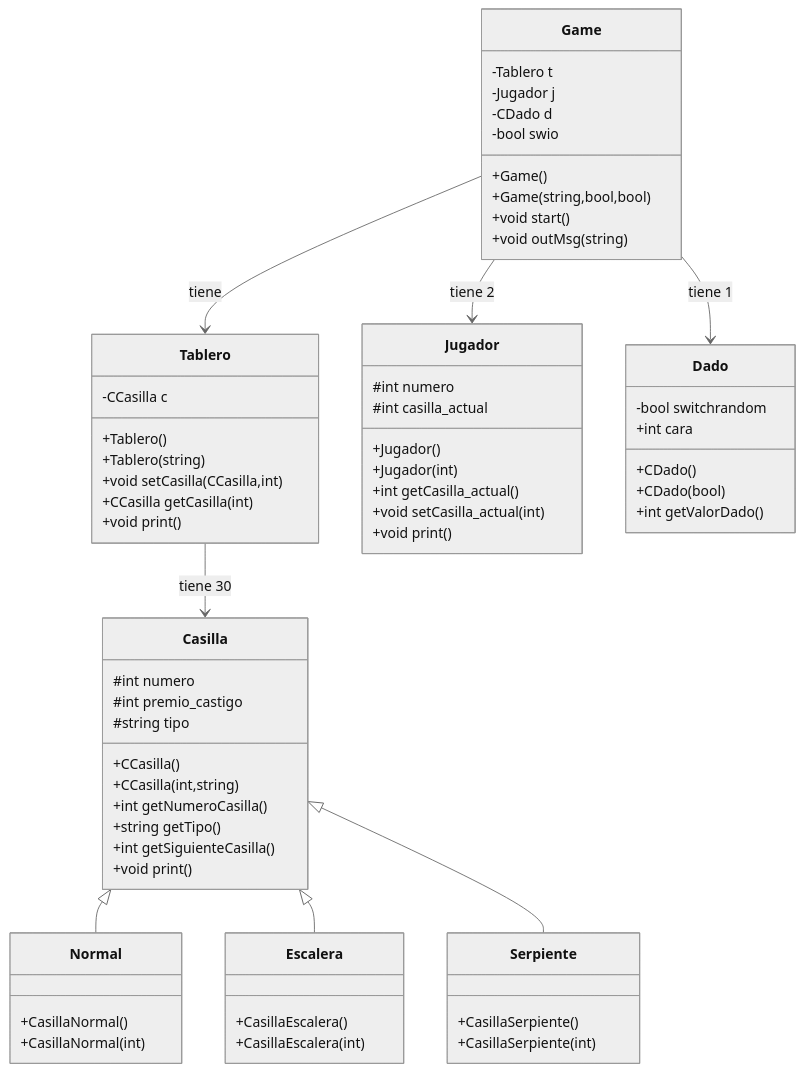
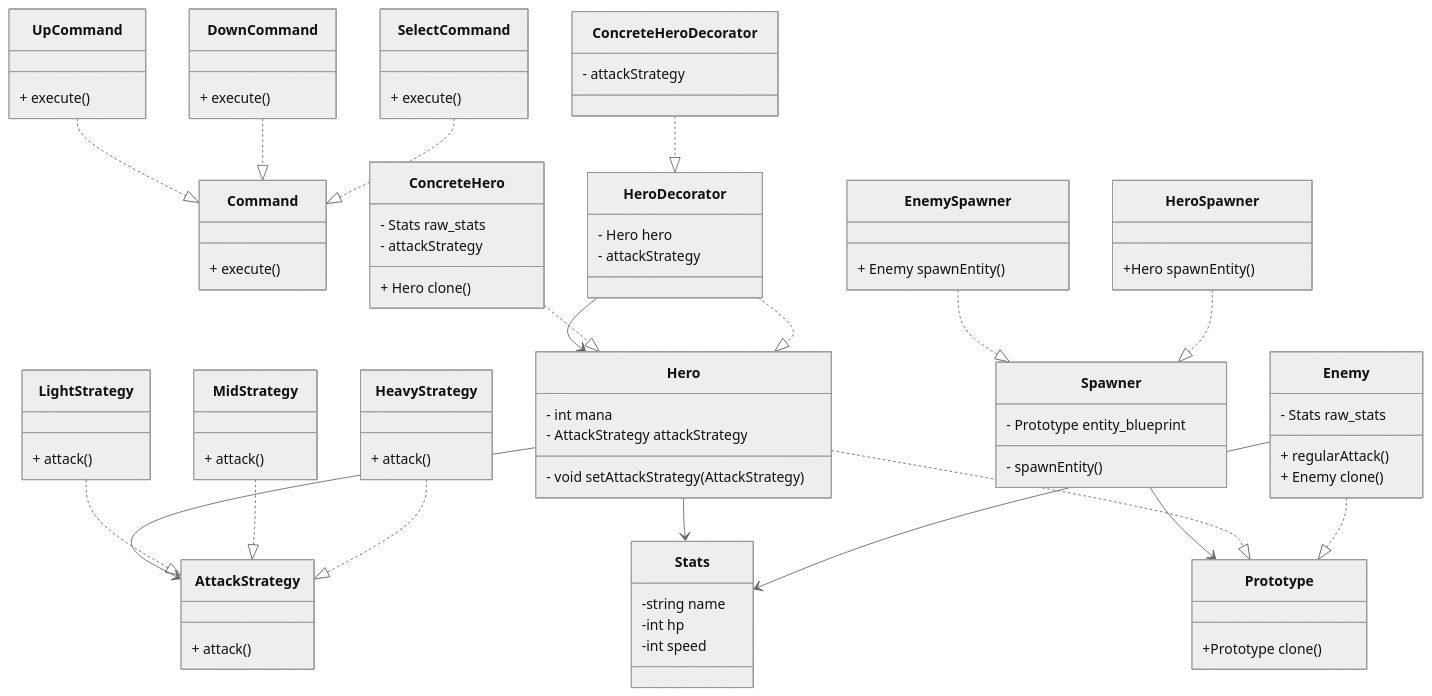
One commit to Frank0125/Finally-Fantastic changed the diagram in README.md. Above: the diagram before and after it, drawn with Mermaid (neutral theme). The commit also changed other lines of this file and 2 other files, not shown here.

Commit message:
feat: uml diagram finished, patterns picked, Main Menu example

````diff
--- a/README.md
+++ b/README.md
@@ -25,76 +24,106 @@
 ```mermaid
 classDiagram
-class Casilla {
-  #int numero
-  #int premio_castigo
-  #string tipo
-  +CCasilla()
-  +CCasilla(int,string)
-  +int getNumeroCasilla()
-  +string getTipo()
-  +int getSiguienteCasilla()
-  +void print()
-}
+    class Command {
+        + execute()
+    }
 
-class Normal {
-  +CasillaNormal()
-  +CasillaNormal(int)
-}
-Casilla <|-- Normal
+    class UpCommand {
+        + execute()
+    }
 
-class Escalera {
-  +CasillaEscalera()
-  +CasillaEscalera(int)
-}
-Casilla <|-- Escalera
+    class DownCommand {
+        + execute()
+    }
+    
+    class SelectCommand {
+        + execute()
+    }
 
-class Serpiente {
-  +CasillaSerpiente()
-  +CasillaSerpiente(int)
-}
-Casilla <|-- Serpiente
+    class Prototype {
+	    +Prototype clone()
+    }
 
-class Tablero {
-  -CCasilla c
-  +Tablero()
-  +Tablero(string)
-  +void setCasilla(CCasilla,int)
-  +CCasilla getCasilla(int)
-  +void print()
-}
+    class Hero {
+        - int mana
+	    - AttackStrategy attackStrategy
+        - void setAttackStrategy(AttackStrategy)
+    }
 
-class Jugador {
-  #int numero
-  #int casilla_actual
-  +Jugador()
-  +Jugador(int)
-  +int getCasilla_actual()
-  +void setCasilla_actual(int)
-  +void print()
-}
+    class AttackStrategy {
+	    + attack()
+    }
 
-class Dado {
-  -bool switchrandom
-  +int cara
-  +CDado()
-  +CDado(bool)
-  +int getValorDado()
-}
+    class LightStrategy {
+	    + attack()
+    }
 
-class Game {
-  -Tablero t
-  -Jugador j
-  -CDado d
-  -bool swio 
-  +Game()
-  +Game(string,bool,bool)
-  +void start()
-  +void outMsg(string)
-}
+    class MidStrategy {
+	    + attack()
+    }
 
-Game --> Tablero : tiene
-Game --> Jugador : tiene 2
-Game --> Dado : tiene 1
-Tablero --> Casilla : tiene 30
+    class HeavyStrategy {
+	    + attack()
+    }
 
+    class ConcreteHero {
+	    - Stats raw_stats
+	    - attackStrategy
+	    + Hero clone()
+    }
+
+    class HeroDecorator {
+	    - Hero hero
+	    - attackStrategy
+    }
+
+    class ConcreteHeroDecorator {
+	    - attackStrategy
+    }
+
+    class Enemy {
+	    - Stats raw_stats
+	    + regularAttack()
+	    + Enemy clone()
+    }
+
+    class Spawner {
+	    - Prototype entity_blueprint
+	    - spawnEntity()
+    }
+
+    class EnemySpawner {
+	    + Enemy spawnEntity()
+    }
+
+    class HeroSpawner {
+	    +Hero spawnEntity()
+    }
+
+    class Stats {
+	    -string name
+	    -int hp
+	    -int speed
+    }
+
+    %% Composición
+    HeroDecorator --> Hero
+    Hero --> Stats
+    Enemy --> Stats
+    Spawner --> Prototype
+    Hero --> AttackStrategy
+
+    %% Herencia
+    UpCommand ..|> Command
+    DownCommand ..|> Command
+    SelectCommand ..|> Command
+    LightStrategy ..|> AttackStrategy
+    MidStrategy ..|> AttackStrategy
+    HeavyStrategy ..|> AttackStrategy
+    ConcreteHero ..|> Hero
+    HeroDecorator ..|> Hero
+    Hero ..|> Prototype
+    ConcreteHeroDecorator ..|> HeroDecorator
+    Enemy ..|> Prototype
+    EnemySpawner ..|> Spawner
+    HeroSpawner ..|> Spawner
 ```
````
